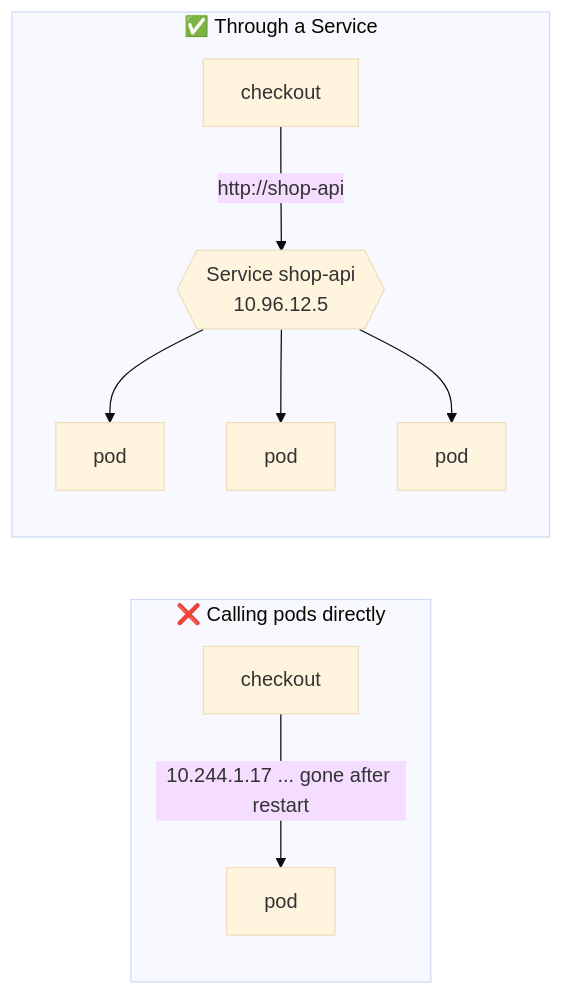
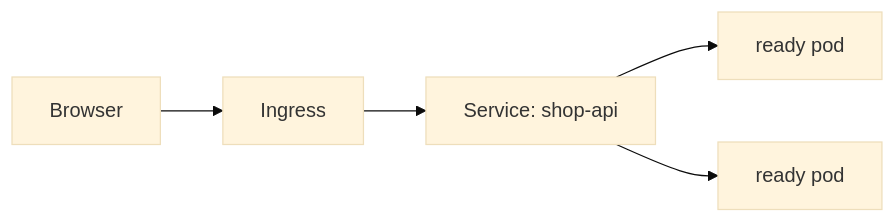
One commit to monijaman/software changed the diagram in content/kubernetes/05-services-and-ingress.md. Above: the diagram before and after it, drawn with Mermaid (base theme). The commit also changed other lines of this file and 23 other files, not shown here.

````diff
--- a/content/kubernetes/05-services-and-ingress.md
+++ b/content/kubernetes/05-services-and-ingress.md
@@ -18,12 +16,7 @@
 ```mermaid
 flowchart LR
-    subgraph Without["❌ Calling pods directly"]
-      C1[checkout] -->|"10.244.1.17 ... gone after restart"| P1[pod]
-    end
-    subgraph With["✅ Through a Service"]
-      C2[checkout] -->|"http://shop-api"| S{{"Service shop-api<br/>10.96.12.5"}}
-      S --> Pa[pod]
-      S --> Pb[pod]
-      S --> Pc[pod]
-    end
+    U[Browser] --> I[Ingress]
+    I --> S[Service: shop-api]
+    S --> P1[ready pod]
+    S --> P2[ready pod]
 ```
````
